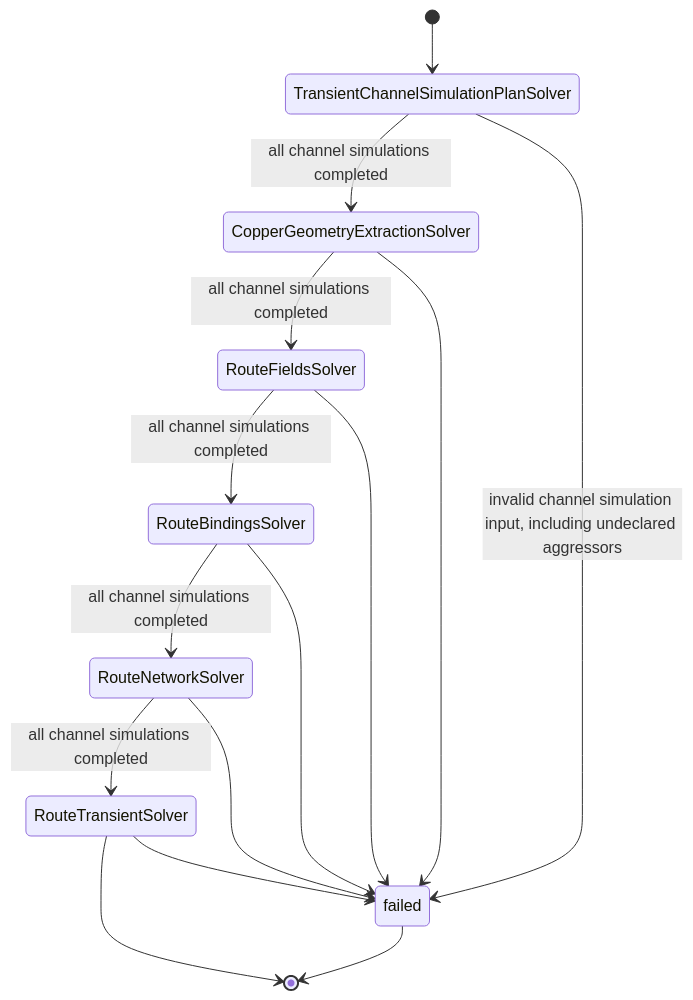
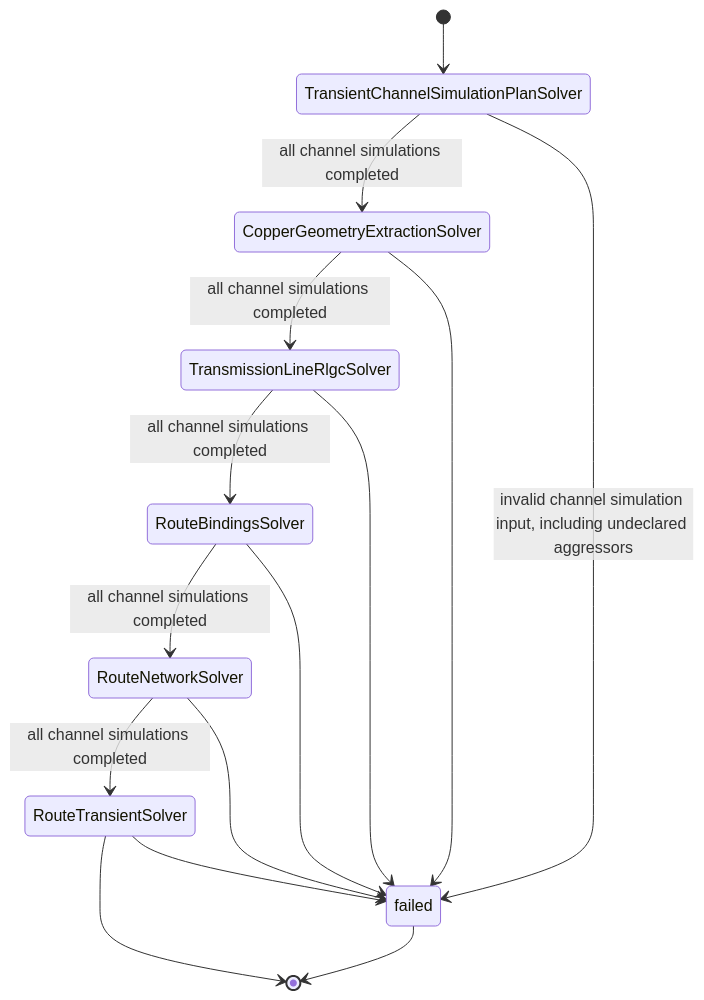
One commit to draarivpatel-ui/signal-integrity-pipeline changed the third of 5 diagrams in README.md. Above: the diagram before and after it, drawn with Mermaid. The commit also changed other lines of this file and 7 other files, not shown here.

Commit message:
refactor: wire the transmission-line RLGC stage into the pipeline

````diff
--- a/README.md
+++ b/README.md
@@ -114,17 +114,17 @@
 ```mermaid
 stateDiagram-v2
   [*] --> TransientChannelSimulationPlanSolver
   TransientChannelSimulationPlanSolver --> CopperGeometryExtractionSolver: all channel simulations completed
-  CopperGeometryExtractionSolver --> RouteFieldsSolver: all channel simulations completed
-  RouteFieldsSolver --> RouteBindingsSolver: all channel simulations completed
+  CopperGeometryExtractionSolver --> TransmissionLineRlgcSolver: all channel simulations completed
+  TransmissionLineRlgcSolver --> RouteBindingsSolver: all channel simulations completed
   RouteBindingsSolver --> RouteNetworkSolver: all channel simulations completed
   RouteNetworkSolver --> RouteTransientSolver: all channel simulations completed
   RouteTransientSolver --> [*]
   TransientChannelSimulationPlanSolver --> failed: invalid channel simulation input, including undeclared aggressors
   CopperGeometryExtractionSolver --> failed
-  RouteFieldsSolver --> failed
+  TransmissionLineRlgcSolver --> failed
   RouteBindingsSolver --> failed
   RouteNetworkSolver --> failed
   RouteTransientSolver --> failed
   failed --> [*]
 ```
````
